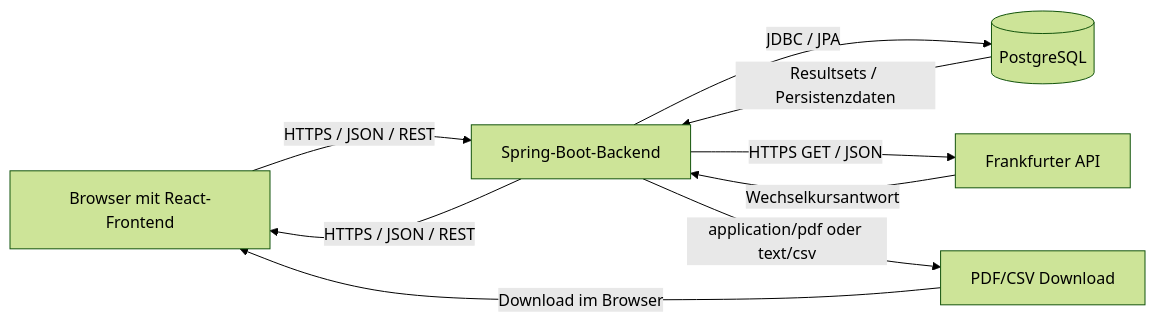
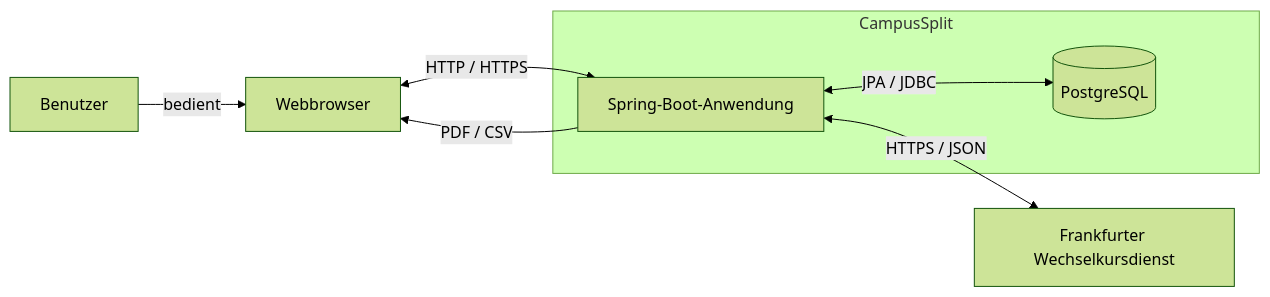
The second of 3 diagrams in Architektur/A03-context-and-scope.md (Bunyamin0101/WK_1106_CampusSplit), drawn with Mermaid (forest theme) before and after one commit. The commit also changed other lines of this file, not shown here.

````diff
--- a/Architektur/A03-context-and-scope.md
+++ b/Architektur/A03-context-and-scope.md
@@ -78,20 +68,18 @@
 ```mermaid
 flowchart LR
-    Browser[Browser mit React-Frontend]
-    Backend[Spring-Boot-Backend]
-    Database[(PostgreSQL)]
-    FXAPI[Frankfurter API]
-    Export[PDF/CSV Download]
+    USER[Benutzer]
+    BROWSER[Webbrowser]
 
-    Browser -->|HTTPS / JSON / REST| Backend
-    Backend -->|HTTPS / JSON / REST| Browser
+    subgraph CS[CampusSplit]
+        APP[Spring-Boot-Anwendung]
+        DB[(PostgreSQL)]
+    end
 
-    Backend -->|JDBC / JPA| Database
-    Database -->|Resultsets / Persistenzdaten| Backend
+    FX[Frankfurter Wechselkursdienst]
 
-    Backend -->|HTTPS GET / JSON| FXAPI
-    FXAPI -->|Wechselkursantwort| Backend
-
-    Backend -->|application/pdf oder text/csv| Export
-    Export -->|Download im Browser| Browser
+    USER -->|bedient| BROWSER
+    BROWSER <-->|HTTP / HTTPS| APP
+    APP <-->|JPA / JDBC| DB
+    APP <-->|HTTPS / JSON| FX
+    APP -->|PDF / CSV| BROWSER
 ```
````
